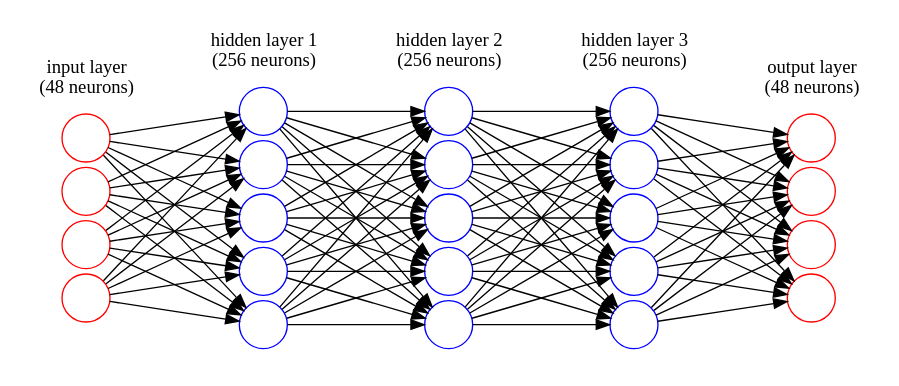
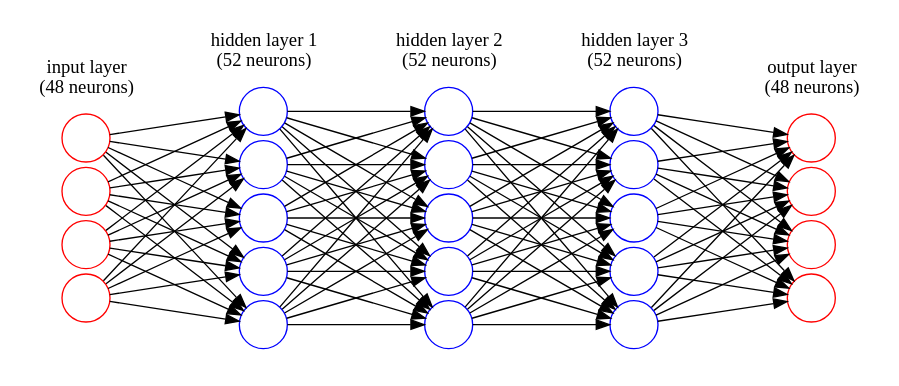
The diagram in misc/neural_net.dot (SeduceProject/seduce_ml), drawn with Graphviz before and after one commit. The commit also changed 6 other files, not shown here.

```diff
--- a/misc/neural_net.dot
+++ b/misc/neural_net.dot
@@ -1,191 +1,191 @@
 digraph G {
 
     rankdir=LR
 	splines=line
     nodesep=.05;
 
     node [label=""];
 
     
     subgraph cluster_0 {
 		color=white;
         node [style=solid,color=red, shape=circle];
 		x1 x2 x3 x4;
 		label = "input layer
 (48 neurons)";
 	}
     
     subgraph cluster_1 {
 		color=white;
         node [style=solid,color=blue, shape=circle];
 		a12 a22 a32 a42 a52;
 		label = "hidden layer 1
-(256 neurons)";
+(52 neurons)";
 	}
     
     subgraph cluster_2 {
 		color=white;
         node [style=solid,color=blue, shape=circle];
 		a13 a23 a33 a43 a53;
 		label = "hidden layer 2
-(256 neurons)";
+(52 neurons)";
 	}
     
     subgraph cluster_3 {
 		color=white;
         node [style=solid,color=blue, shape=circle];
 		a14 a24 a34 a44 a54;
 		label = "hidden layer 3
-(256 neurons)";
+(52 neurons)";
 	}
     
     subgraph cluster_4 {
 		color=white;
         node [style=solid,color=red, shape=circle];
 		O1 O2 O3 O4;
 		label = "output layer
 (48 neurons)";
 	}
     
     
 
             
                 x1 -> a12;
                 x1 -> a22;
                 x1 -> a32;
                 x1 -> a42;
                 x1 -> a52;
                 
             
                 x2 -> a12;
                 x2 -> a22;
                 x2 -> a32;
                 x2 -> a42;
                 x2 -> a52;
                 
             
                 x3 -> a12;
                 x3 -> a22;
                 x3 -> a32;
                 x3 -> a42;
                 x3 -> a52;
                 
             
                 x4 -> a12;
                 x4 -> a22;
                 x4 -> a32;
                 x4 -> a42;
                 x4 -> a52;
                 
             
     
 
             
                 a12 -> a13;
                 a12 -> a23;
                 a12 -> a33;
                 a12 -> a43;
                 a12 -> a53;
                 
             
                 a22 -> a13;
                 a22 -> a23;
                 a22 -> a33;
                 a22 -> a43;
                 a22 -> a53;
                 
             
                 a32 -> a13;
                 a32 -> a23;
                 a32 -> a33;
                 a32 -> a43;
                 a32 -> a53;
                 
             
                 a42 -> a13;
                 a42 -> a23;
                 a42 -> a33;
                 a42 -> a43;
                 a42 -> a53;
                 
             
                 a52 -> a13;
                 a52 -> a23;
                 a52 -> a33;
                 a52 -> a43;
                 a52 -> a53;
                 
             
     
 
             
                 a13 -> a14;
                 a13 -> a24;
                 a13 -> a34;
                 a13 -> a44;
                 a13 -> a54;
                 
             
                 a23 -> a14;
                 a23 -> a24;
                 a23 -> a34;
                 a23 -> a44;
                 a23 -> a54;
                 
             
                 a33 -> a14;
                 a33 -> a24;
                 a33 -> a34;
                 a33 -> a44;
                 a33 -> a54;
                 
             
                 a43 -> a14;
                 a43 -> a24;
                 a43 -> a34;
                 a43 -> a44;
                 a43 -> a54;
                 
             
                 a53 -> a14;
                 a53 -> a24;
                 a53 -> a34;
                 a53 -> a44;
                 a53 -> a54;
                 
             
     
 
             
                 a14 -> O1;
                 a14 -> O2;
                 a14 -> O3;
                 a14 -> O4;
                 
             
                 a24 -> O1;
                 a24 -> O2;
                 a24 -> O3;
                 a24 -> O4;
                 
             
                 a34 -> O1;
                 a34 -> O2;
                 a34 -> O3;
                 a34 -> O4;
                 
             
                 a44 -> O1;
                 a44 -> O2;
                 a44 -> O3;
                 a44 -> O4;
                 
             
                 a54 -> O1;
                 a54 -> O2;
                 a54 -> O3;
                 a54 -> O4;
                 
             
     
 }
```
